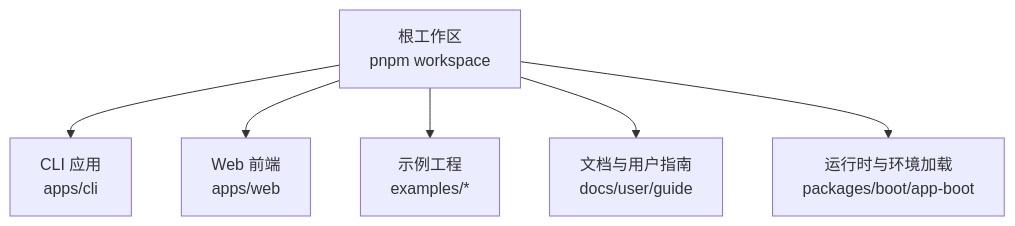
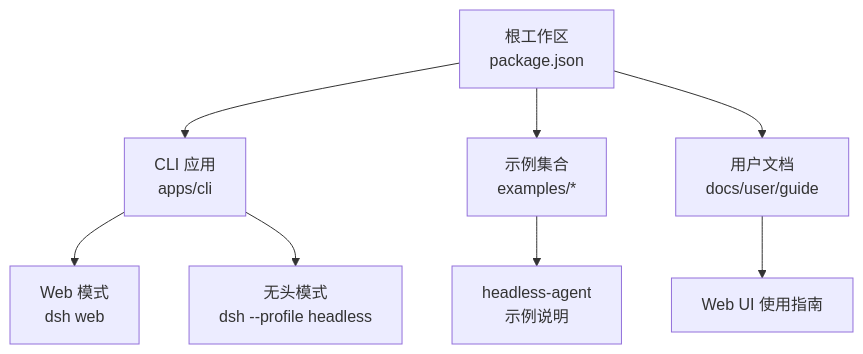
Before and after one commit to gongzili456/deepseek-harness: the first of 8 diagrams in .qoder/repowiki/zh/content/项目概览/快速开始.md, drawn with Mermaid. The commit also changed other lines of this file and 1001 other files, not shown here.

````diff
--- a/.qoder/repowiki/zh/content/项目概览/快速开始.md
+++ b/.qoder/repowiki/zh/content/项目概览/快速开始.md
@@ -41,8 +43,10 @@
 ```mermaid
 graph TB
-A["根工作区<br/>pnpm workspace"] --> B["CLI 应用<br/>apps/cli"]
-A --> C["Web 前端<br/>apps/web"]
-A --> D["示例工程<br/>examples/*"]
-A --> E["文档与用户指南<br/>docs/user/guide"]
-A --> F["运行时与环境加载<br/>packages/boot/app-boot"]
+A["根工作区<br/>package.json"] --> B["CLI 应用<br/>apps/cli"]
+A --> C["示例集合<br/>examples/*"]
+A --> D["用户文档<br/>docs/user/guide"]
+B --> E["Web 模式<br/>dsh web"]
+B --> F["无头模式<br/>dsh --profile headless"]
+C --> G["headless-agent<br/>示例说明"]
+D --> H["Web UI 使用指南"]
 ```
````
